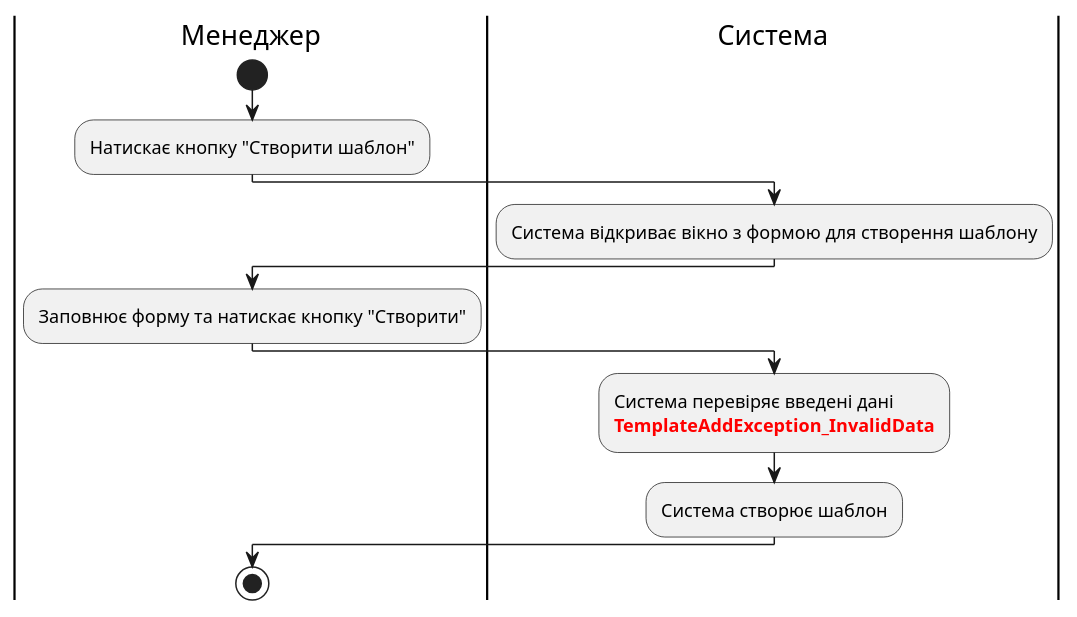
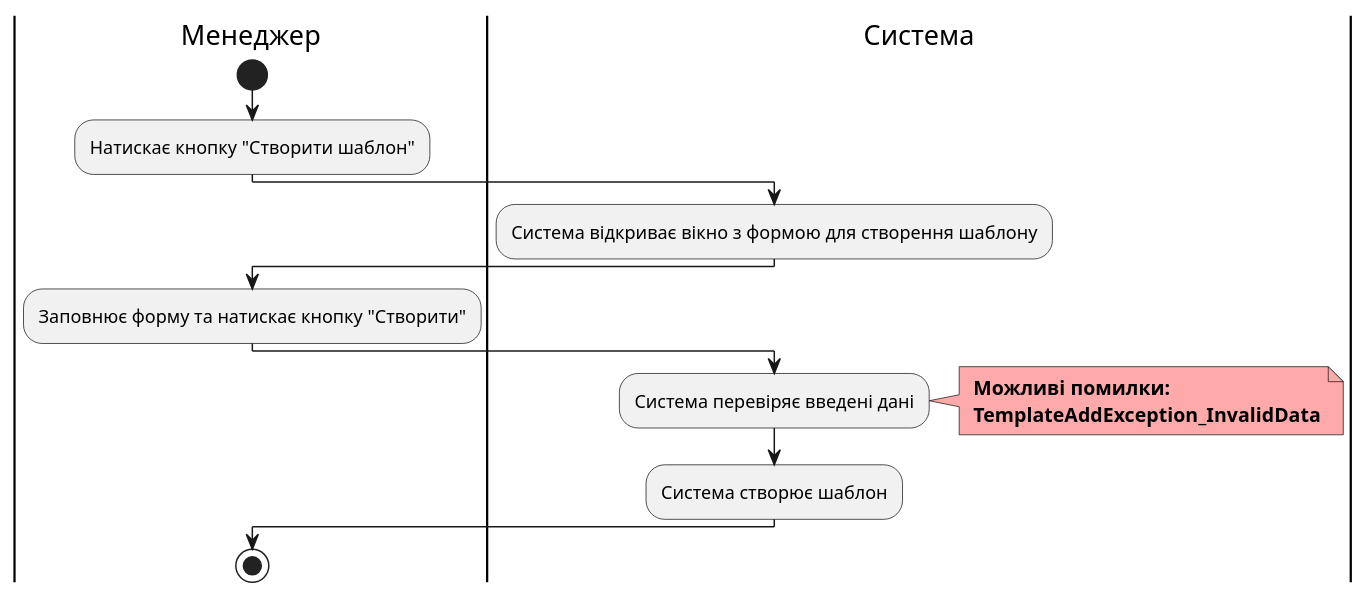
One commit to vlad13242/TaskForge changed diagram 16 of 21 in docs/use cases/README.md. Above: the diagram before and after it, drawn with PlantUML. The commit also changed other lines of this file and 1 other file, not shown here.

Commit message:
shenge all diagram errors

```diff
--- a/docs/use cases/README.md
+++ b/docs/use cases/README.md
@@ -895,21 +929,24 @@
 @startuml
 
     |Менеджер|
     start;
     :Натискає кнопку "Створити шаблон";
     
     |Система|
     :Система відкриває вікно з формою для створення шаблону;
     
     |Менеджер|
     :Заповнює форму та натискає кнопку "Створити";
     
     |Система|
-    :Система перевіряє введені дані
-    <font color="red">**TemplateAddException_InvalidData**;
+    :Система перевіряє введені дані;
+    note right #ffaaaa
+    <b> Можливі помилки:
+    <b> TemplateAddException_InvalidData
+    end note
     :Система створює шаблон;
 
     |Менеджер|
     stop;
 
 @enduml
```
